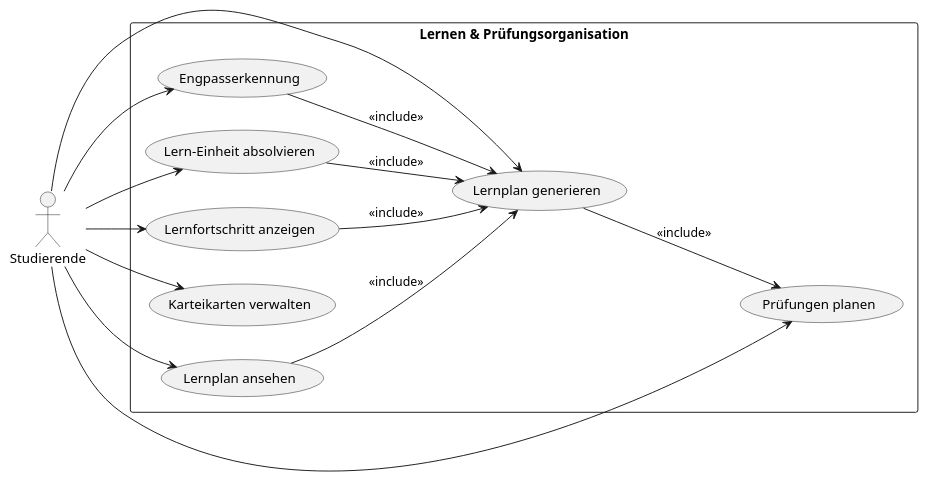
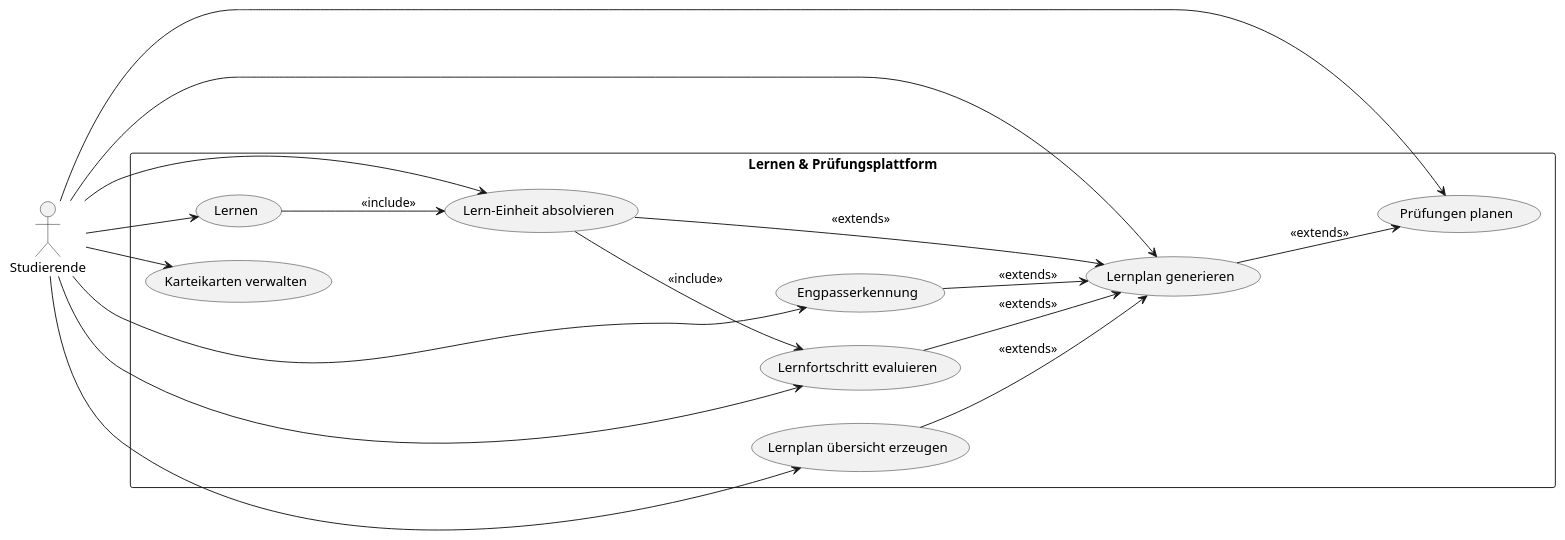
Before and after one commit to BjoernMalzacher/MyStudium_SWE_Labor: the diagram in Use_case_UML.puml, drawn with PlantUML. The commit also changed 8 other files, not shown here.

```diff
--- a/Use_case_UML.puml
+++ b/Use_case_UML.puml
@@ -1,54 +1,58 @@
 @startuml Use Case Übersicht
 left to right direction
 skinparam packageStyle rectangle
 
 actor "Studierende" as Student
 
-package "Lernen & Prüfungsorganisation" {
+package "Lernen & Prüfungsplattform" {
 
     usecase "Lern-Einheit absolvieren" as lernen
     usecase "Prüfungen planen" as pruefungstermine_planen
-    usecase "Lernfortschritt anzeigen" as lernfortschritt /' nicht relevant als usecase'/
+    usecase "Lernfortschritt evaluieren" as lernfortschritt /' nicht relevant als usecase'/
     usecase "Karteikarten verwalten" as karteikarten
-    usecase "Lernplan ansehen" as lernplan_ansehen
+    usecase "Lernplan übersicht erzeugen" as lernplan_ansehen
     usecase "Lernplan generieren" as lernplan_generieren
-    usecase "Engpasserkennung" as engpasserkennung
-    
+    usecase "Engpasserkennung" as engpasserkennung /'Verb hinzufügen/rausnehemn'/
+    usecase "Lernen" as Aktiv_Lernen    
 }
 
 Student --> lernen
+Student --> Aktiv_Lernen
 Student --> pruefungstermine_planen
 Student --> lernfortschritt
 Student --> lernplan_generieren
 Student --> karteikarten
 Student --> lernplan_ansehen
 Student --> engpasserkennung
 
+/'precondtion statt include'/
+lernen --> lernplan_generieren : <<extends>> 
+
+lernplan_generieren --> pruefungstermine_planen : <<extends>>
 
 
-lernen --> lernplan_generieren : <<include>>
+engpasserkennung --> lernplan_generieren : <<extends>>
 
-lernplan_generieren --> pruefungstermine_planen : <<include>>
+lernplan_ansehen --> lernplan_generieren : <<extends>>
 
+lernfortschritt --> lernplan_generieren : <<extends>>
 
-engpasserkennung --> lernplan_generieren : <<include>>
+Aktiv_Lernen --> lernen : <<include>>
 
-lernplan_ansehen --> lernplan_generieren : <<include>>
-
-lernfortschritt --> lernplan_generieren : <<include>>
+lernen --> lernfortschritt: <<include>>
 
 
 
 /'
 Prüfungstermine verwalten: Grundlage der software	
 Lernmaterial verwalten: Funktion nicht notwendig	
 Lernplan erstellen: Grundlage der software	
 Lernfortschritt anzeigen: Nicht notwendig für Kernfuktion	
 Tagesplan verwalten: Lernfortschritt eintragen notwendig	
 Karteikarten verwalten: nice to have 	
 Lernplan zugreifen: abhängigkeit nicht gegeben	
 Lernplan generieren: notwendig für Lernfortschritt	
 Engpasserkennung und Wiederholungsvorschläge: halt dich an lernplan	
 '/
 
 @enduml
```
